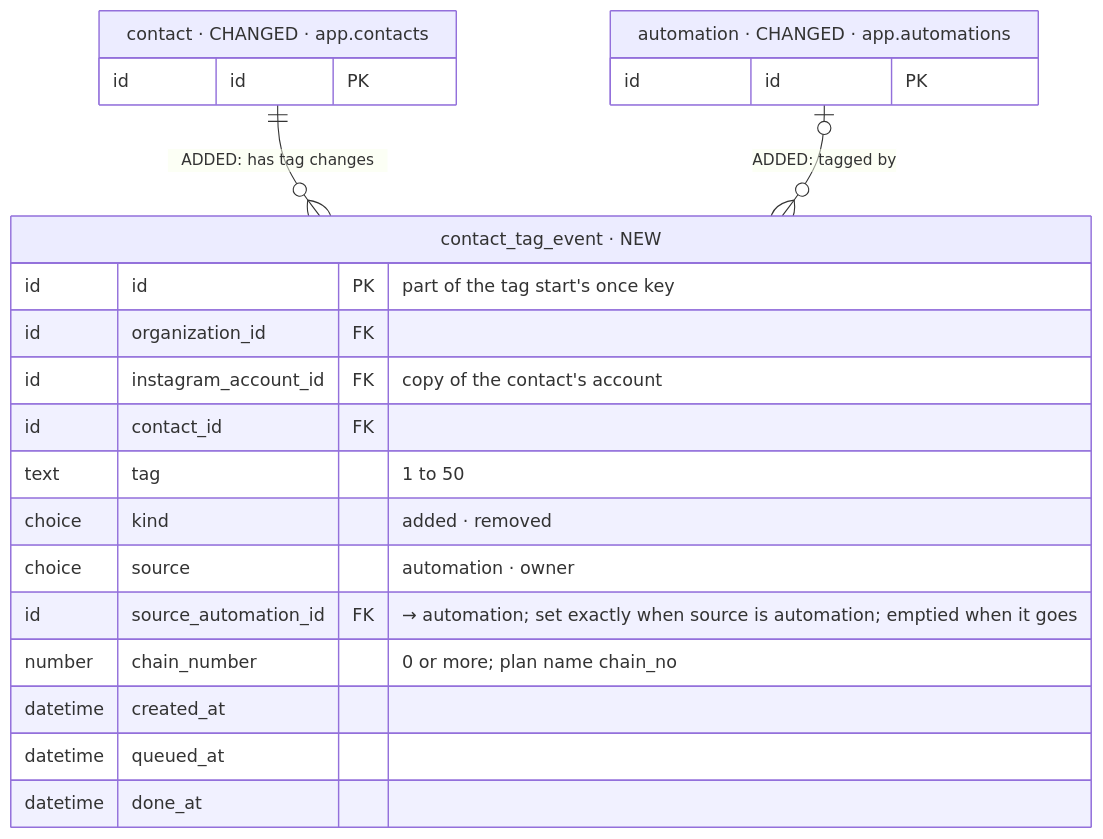
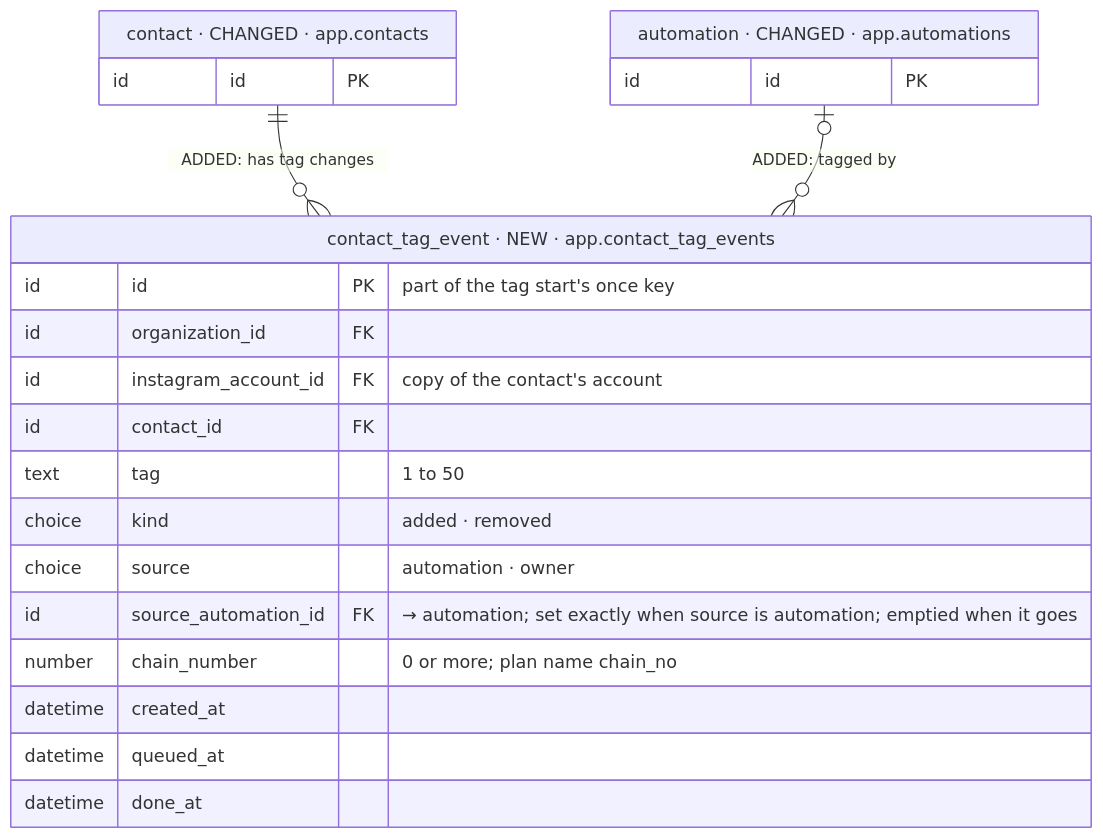
One commit to albetrios/meepzo-be changed the ninth of 39 diagrams in iterations/feat-instagram-dm-sending-2026-11-23-oxak/plans/db-changes.md. Above: the diagram before and after it, drawn with Mermaid. The commit also changed other lines of this file and 3 other files, not shown here.

````diff
--- a/iterations/feat-instagram-dm-sending-2026-11-23-oxak/plans/db-changes.md
+++ b/iterations/feat-instagram-dm-sending-2026-11-23-oxak/plans/db-changes.md
@@ -462,25 +465,25 @@
 ```mermaid
 erDiagram
-  contact_tag_event["contact_tag_event · NEW"] {
+  contact_tag_event["contact_tag_event · NEW · app.contact_tag_events"] {
     id id PK "part of the tag start's once key"
     id organization_id FK
     id instagram_account_id FK "copy of the contact's account"
     id contact_id FK
     text tag "1 to 50"
     choice kind "added · removed"
     choice source "automation · owner"
     id source_automation_id FK "→ automation; set exactly when source is automation; emptied when it goes"
     number chain_number "0 or more; plan name chain_no"
     datetime created_at
     datetime queued_at
     datetime done_at
   }
   contact["contact · CHANGED · app.contacts"] {
     id id PK
   }
   automation["automation · CHANGED · app.automations"] {
     id id PK
   }
   contact ||--o{ contact_tag_event : "ADDED: has tag changes"
   automation |o--o{ contact_tag_event : "ADDED: tagged by"
 ```
````
